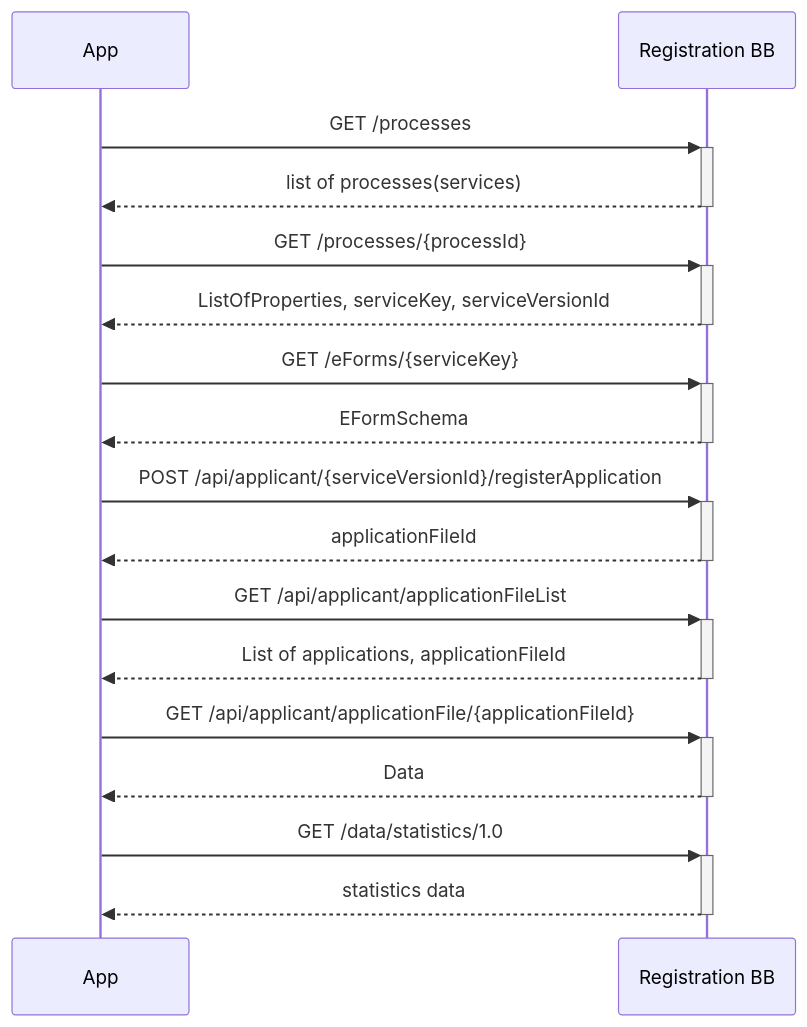
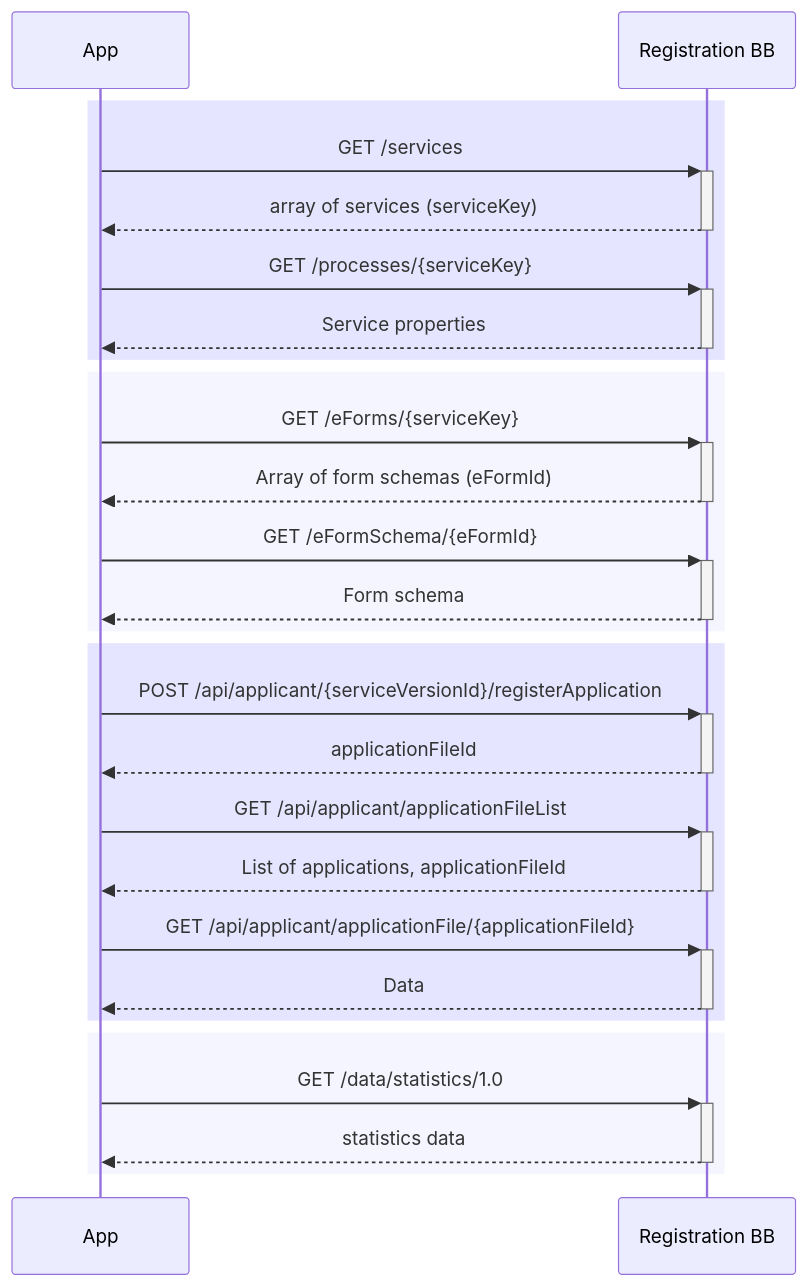
One commit to GovStackWorkingGroup/bb-registration changed the diagram in api/ApplicantSequenceDiagram.mermaid. Above: the diagram before and after it, drawn with Mermaid.

Commit message:
Update ApplicantSequenceDiagram.mermaid
updates

```diff
--- a/api/ApplicantSequenceDiagram.mermaid
+++ b/api/ApplicantSequenceDiagram.mermaid
@@ -1,22 +1,34 @@
 sequenceDiagram
-    App->>+Registration BB: GET /processes
-    Registration BB-->>-App: list of processes(services)
+    rect rgba(0, 0, 255, .1)
+
+    App->>+Registration BB: GET /services
+    Registration BB-->>-App: array of services (serviceKey)
     
-    App->>+Registration BB: GET /processes/{processId}
-    Registration BB-->>-App: ListOfProperties, serviceKey, serviceVersionId
+    App->>+Registration BB: GET /processes/{serviceKey}
+    Registration BB-->>-App: Service properties
+    
+    end
+    rect rgba(204, 204, 255, .2)
+    App->>+Registration BB: GET /eForms/{serviceKey}
+    Registration BB-->>-App: Array of form schemas (eFormId)
 
-    App->>+Registration BB: GET /eForms/{serviceKey}
-    Registration BB-->>-App: EFormSchema
+    App->>+Registration BB: GET /eFormSchema/{eFormId}
+    Registration BB-->>-App: Form schema 
 
+    end
 
+    rect rgba(0, 0, 255, .1)
     App->>+Registration BB: POST /api/applicant/{serviceVersionId}/registerApplication
     Registration BB-->>-App: applicationFileId
 
     App->>+Registration BB: GET /api/applicant/applicationFileList
     Registration BB-->>-App: List of applications, applicationFileId
 
     App->>+Registration BB: GET /api/applicant/applicationFile/{applicationFileId}
     Registration BB-->>-App: Data 
 
+    end
+    rect rgba(204, 204, 255, .2)
     App->>+Registration BB: GET /data/statistics/1.0
     Registration BB-->>-App: statistics data
+    end
```
